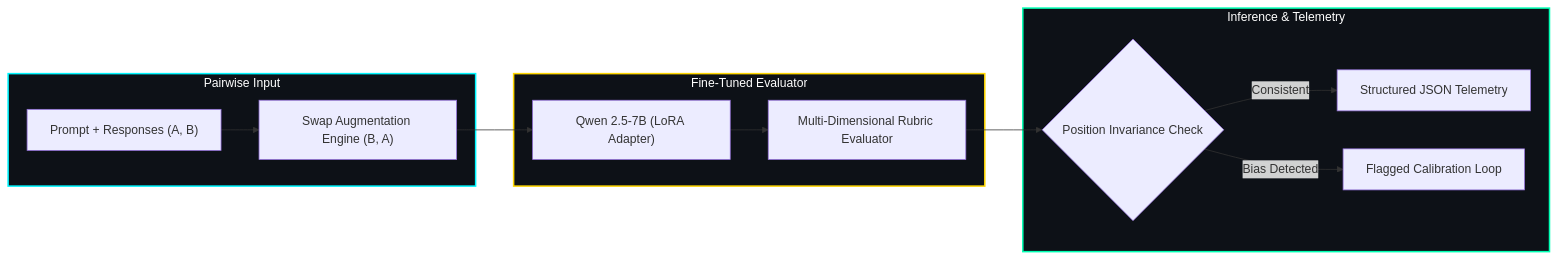
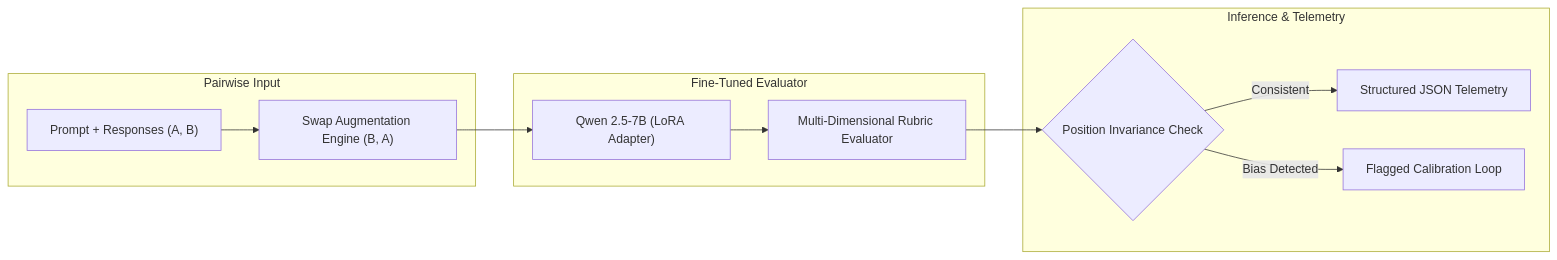
One commit to AnmolRajpoot25/AnmolRajpoot25 changed the first of 7 diagrams in README.md. Above: the diagram before and after it, drawn with Mermaid. The commit also changed other lines of this file, not shown here.

````diff
--- a/README.md
+++ b/README.md
@@ -75,21 +71,17 @@
 ```mermaid
 flowchart LR
     subgraph Input["Pairwise Input"]
         A["Prompt + Responses (A, B)"] --> B["Swap Augmentation Engine (B, A)"]
     end
 
     subgraph FineTunedModel["Fine-Tuned Evaluator"]
         B --> C["Qwen 2.5-7B (LoRA Adapter)"]
         C --> D["Multi-Dimensional Rubric Evaluator"]
     end
 
     subgraph Decision["Inference & Telemetry"]
         D --> E{"Position Invariance Check"}
         E -->|Consistent| F["Structured JSON Telemetry"]
         E -->|Bias Detected| G["Flagged Calibration Loop"]
     end
-
-    style Input fill:#0d1117,stroke:#00F7FF,stroke-width:2px,color:#fff
-    style FineTunedModel fill:#0d1117,stroke:#FFD700,stroke-width:2px,color:#fff
-    style Decision fill:#0d1117,stroke:#00FFB3,stroke-width:2px,color:#fff
 ```
````
